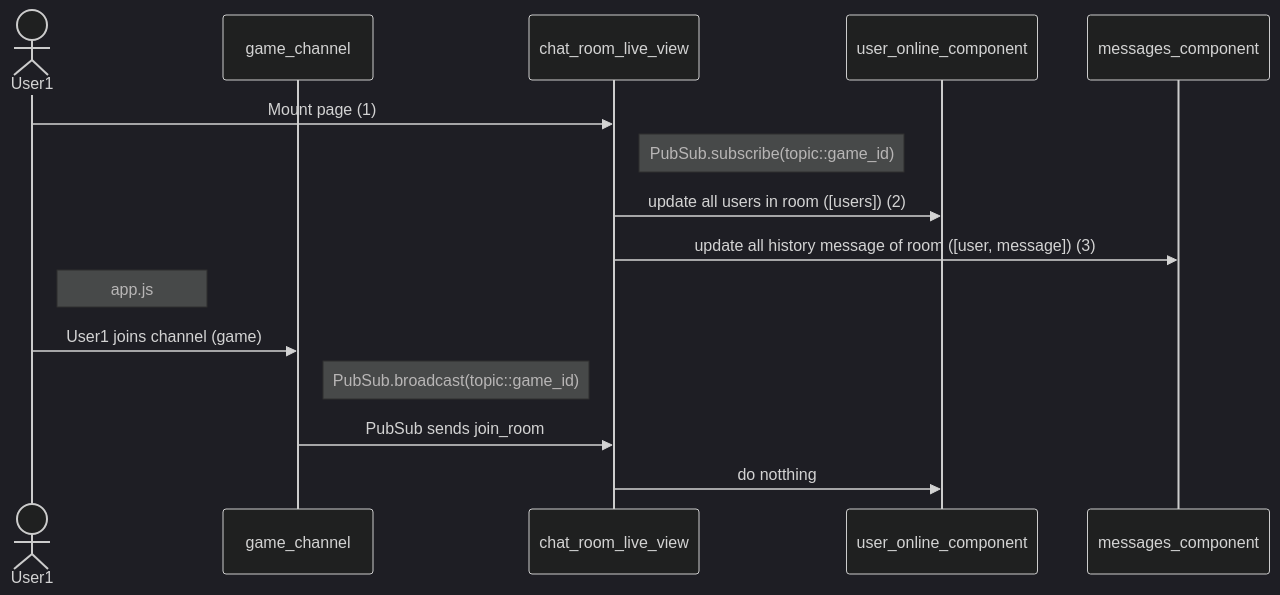
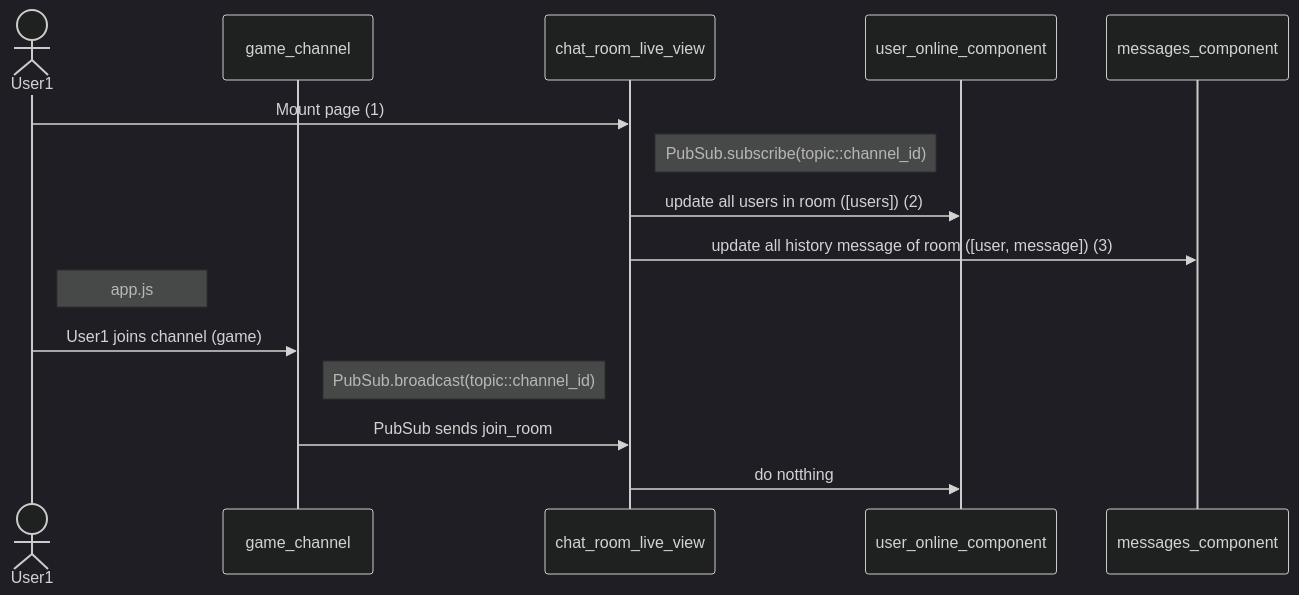
Before and after one commit to ohhi-vn/embedded_chat: the first of 5 diagrams in README.md, drawn with Mermaid (dark theme). The commit also changed other lines of this file and 9 other files, not shown here.

Commit message:
rename 'game' to 'channel'

````diff
--- a/README.md
+++ b/README.md
@@ -52,17 +52,17 @@
 ```mermaid
 sequenceDiagram
     actor User1
     participant game_channel
     participant chat_room_live_view
     participant user_online_component
     participant messages_component
     User1->>chat_room_live_view: Mount page (1)
-    Note right of chat_room_live_view: PubSub.subscribe(topic::game_id)
+    Note right of chat_room_live_view: PubSub.subscribe(topic::channel_id)
     chat_room_live_view->>user_online_component: update all users in room ([users]) (2)
     chat_room_live_view->>messages_component: update all history message of room ([user, message]) (3)
     Note right of User1: app.js
     User1->>game_channel: User1 joins channel (game)
-    Note right of game_channel: PubSub.broadcast(topic::game_id)
+    Note right of game_channel: PubSub.broadcast(topic::channel_id)
     game_channel->>chat_room_live_view: PubSub sends join_room
     chat_room_live_view->>user_online_component: do notthing
 ```
````
